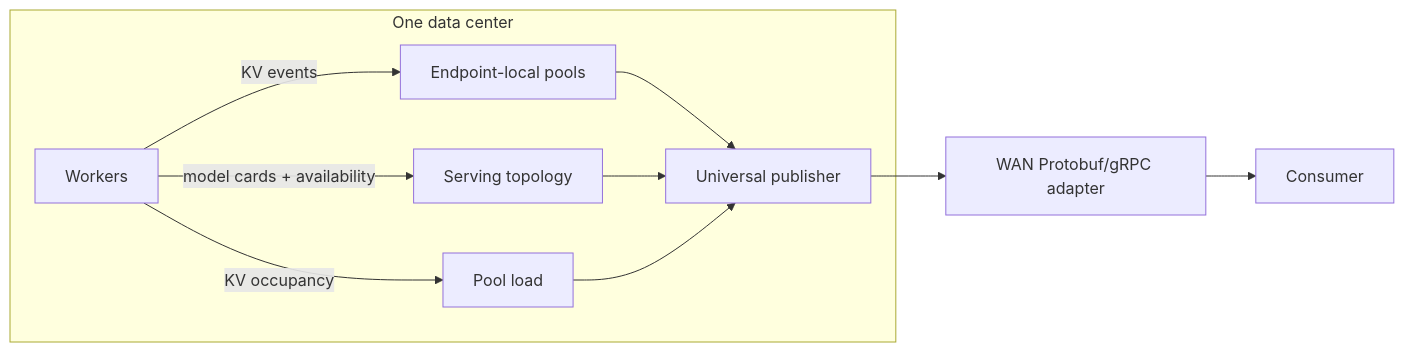
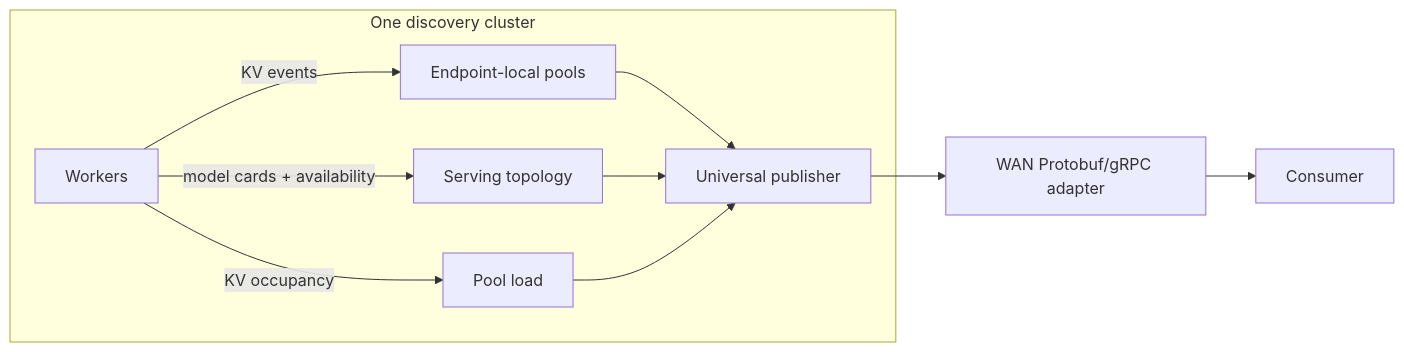
The diagram in fern/pages-dev/developer-guide/knowledge-base/modular-components/router/multi-dc-kv-routing.md (ai-dynamo/dynamo), drawn with Mermaid before and after one commit. The commit also changed other lines of this file and 9 other files, not shown here.

````diff
--- a/fern/pages-dev/developer-guide/knowledge-base/modular-components/router/multi-dc-kv-routing.md
+++ b/fern/pages-dev/developer-guide/knowledge-base/modular-components/router/multi-dc-kv-routing.md
@@ -18,13 +18,13 @@
 ```mermaid
 flowchart LR
-    subgraph DC["One data center"]
+    subgraph CLUSTER["One discovery cluster"]
         E["Workers"] -->|"KV events"| K["Endpoint-local pools"]
         E -->|"model cards + availability"| T["Serving topology"]
         E -->|"KV occupancy"| L["Pool load"]
         K --> P["Universal publisher"]
         T --> P
         L --> P
     end
     P --> W["WAN Protobuf/gRPC adapter"]
     W --> C["Consumer"]
 ```
````
